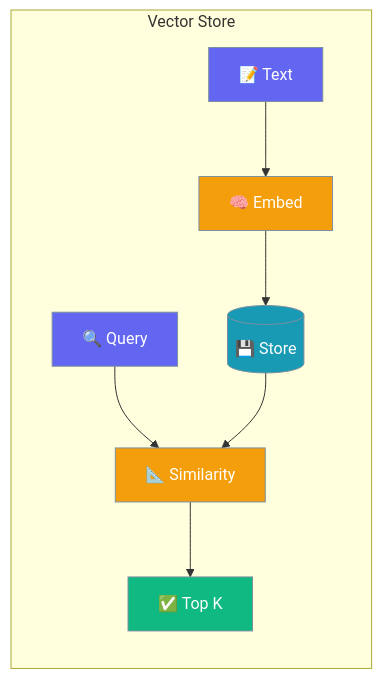
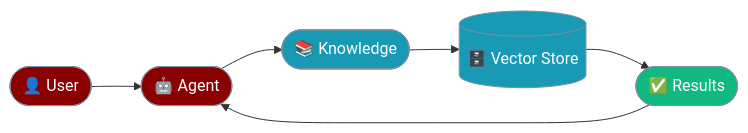
Before and after one commit to MervinPraison/PraisonAIDocs: the first of 3 diagrams in docs/features/vector-store.mdx, drawn with Mermaid. The commit also changed other lines of this file and 1 other file, not shown here.

First line of the commit message:
docs: add Vector Store page + close Python parity gap (fixes #972)

````diff
--- a/docs/features/vector-store.mdx
+++ b/docs/features/vector-store.mdx
@@ -10,20 +10,17 @@
 ```mermaid
 graph LR
-    subgraph "Vector Store"
-        Text[📝 Text] --> Embed[🧠 Embed]
-        Embed --> Store[(💾 Store)]
-        Query[🔍 Query] --> Sim[📐 Similarity]
-        Store --> Sim
-        Sim --> Results[✅ Top K]
-    end
+    User([👤 User]) --> Agent([🤖 Agent])
+    Agent --> Knowledge([📚 Knowledge])
+    Knowledge --> VS[(🗄️ Vector Store)]
+    VS --> Results([✅ Results])
+    Results --> Agent
 
-    classDef input fill:#6366F1,stroke:#7C90A0,color:#fff
-    classDef process fill:#F59E0B,stroke:#7C90A0,color:#fff
-    classDef store fill:#189AB4,stroke:#7C90A0,color:#fff
-    classDef output fill:#10B981,stroke:#7C90A0,color:#fff
+    classDef agent fill:#8B0000,stroke:#7C90A0,color:#fff
+    classDef process fill:#189AB4,stroke:#7C90A0,color:#fff
+    classDef result fill:#10B981,stroke:#7C90A0,color:#fff
+    classDef config fill:#6366F1,stroke:#7C90A0,color:#fff
 
-    class Text,Query input
-    class Embed,Sim process
-    class Store store
-    class Results output
+    class User,Agent agent
+    class Knowledge,VS process
+    class Results result
 ```
````
